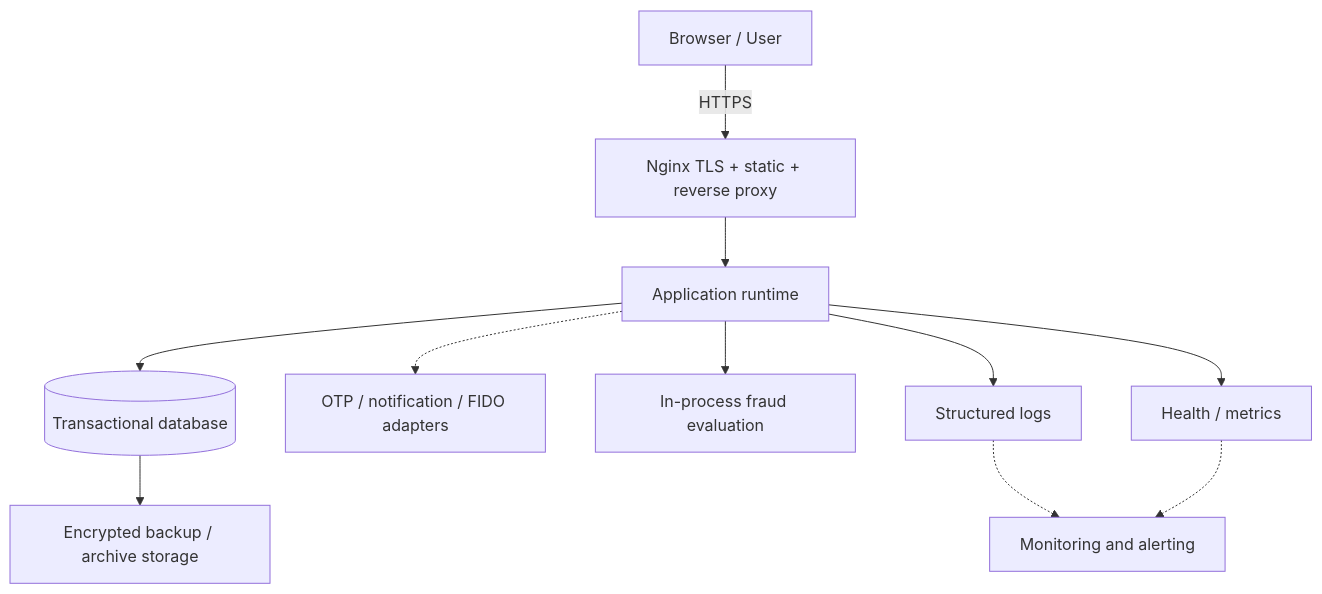
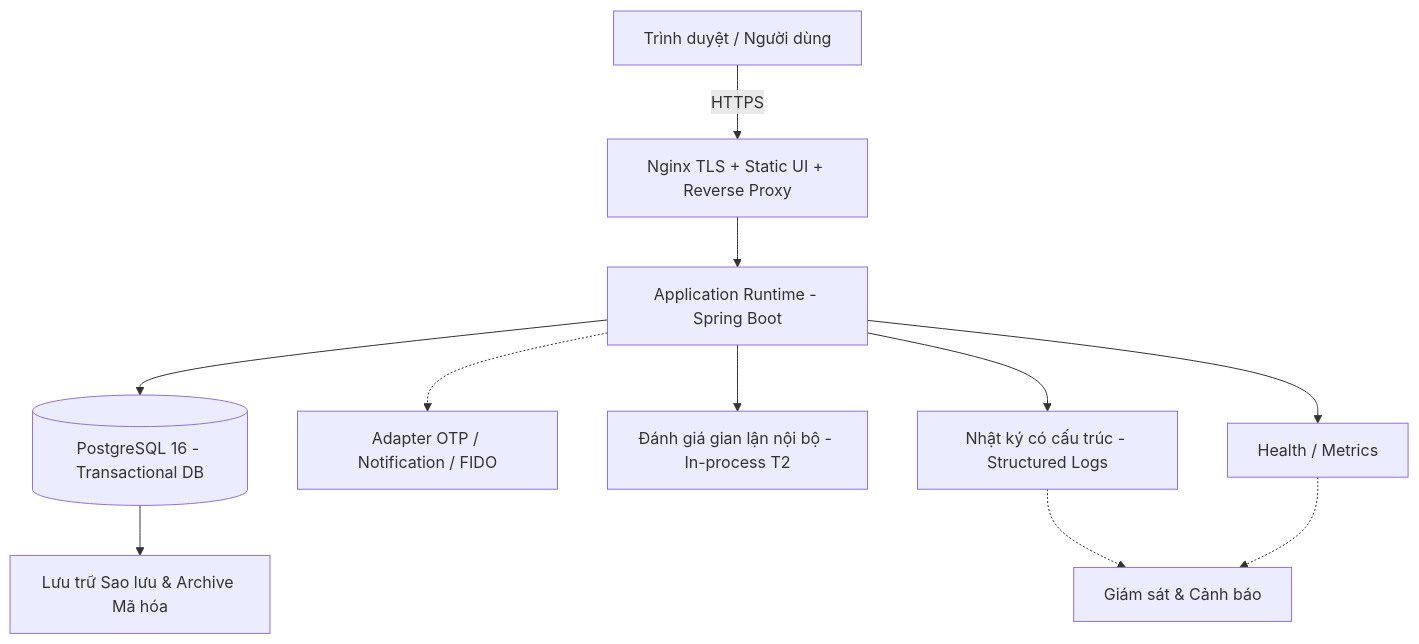
The diagram in digitalbanking-docs/docs-common/08. Deployment infrastructure.md (TNoLisme/cloude), drawn with Mermaid before and after one commit. The commit also changed other lines of this file and 110 other files, not shown here.

````diff
--- a/digitalbanking-docs/docs-common/08. Deployment infrastructure.md
+++ b/digitalbanking-docs/docs-common/08. Deployment infrastructure.md
@@ -109,13 +86,13 @@
 ```mermaid
 flowchart TB
-    U[Browser / User] -->|HTTPS| NGINX[Nginx TLS + static + reverse proxy]
-    NGINX --> APP[Application runtime]
-    APP --> DB[(Transactional database)]
-    APP -.-> EXT[OTP / notification / FIDO adapters]
-    APP --> FRAUD[In-process fraud evaluation]
-    APP --> LOG[Structured logs]
-    APP --> MET[Health / metrics]
-    DB --> BAK[Encrypted backup / archive storage]
-    LOG -.-> OBS[Monitoring and alerting]
+    U[Trình duyệt / Người dùng] -->|HTTPS| NGINX[Nginx TLS + Static UI + Reverse Proxy]
+    NGINX --> APP[Application Runtime - Spring Boot]
+    APP --> DB[(PostgreSQL 16 - Transactional DB)]
+    APP -.-> EXT[Adapter OTP / Notification / FIDO]
+    APP --> FRAUD[Đánh giá gian lận nội bộ - In-process T2]
+    APP --> LOG[Nhật ký có cấu trúc - Structured Logs]
+    APP --> MET[Health / Metrics]
+    DB --> BAK[Lưu trữ Sao lưu & Archive Mã hóa]
+    LOG -.-> OBS[Giám sát & Cảnh báo]
     MET -.-> OBS
 ```
````
